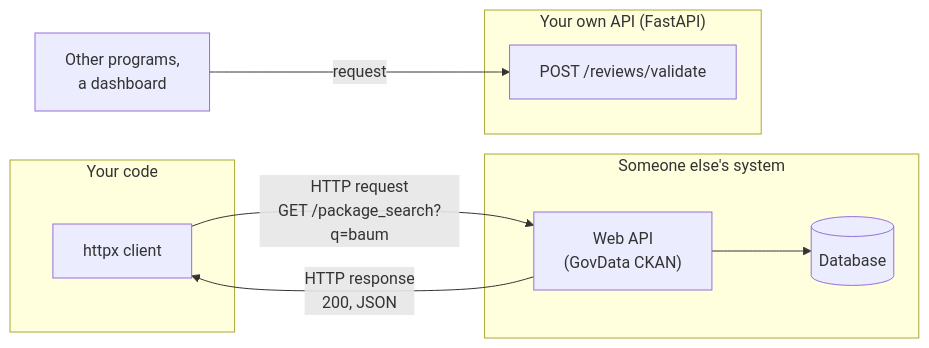
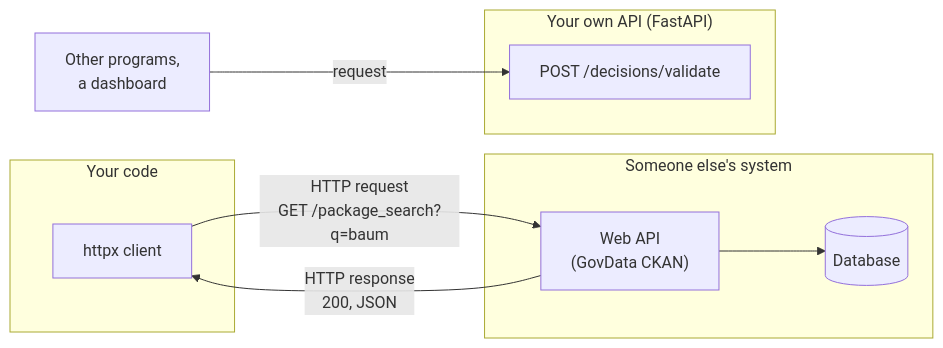
Before and after one commit to khoadaniel/statistical-programming-mpmd-htw-ws-2026: the first of 4 diagrams in sessions/02-software-engineering/theory/02-web-apis.md, drawn with Mermaid. The commit also changed other lines of this file and 268 other files, not shown here.

````diff
--- a/sessions/02-software-engineering/theory/02-web-apis.md
+++ b/sessions/02-software-engineering/theory/02-web-apis.md
@@ -5,15 +5,15 @@
 ```mermaid
 flowchart LR
   subgraph you["Your code"]
     C["httpx client"]
   end
   subgraph them["Someone else's system"]
     S["Web API<br/>(GovData CKAN)"] --> D[("Database")]
   end
   C -- "HTTP request<br/>GET /package_search?q=baum" --> S
   S -- "HTTP response<br/>200, JSON" --> C
   subgraph own["Your own API (FastAPI)"]
-    F["POST /reviews/validate"]
+    F["POST /decisions/validate"]
   end
   U["Other programs,<br/>a dashboard"] -- request --> F
 ```
````
